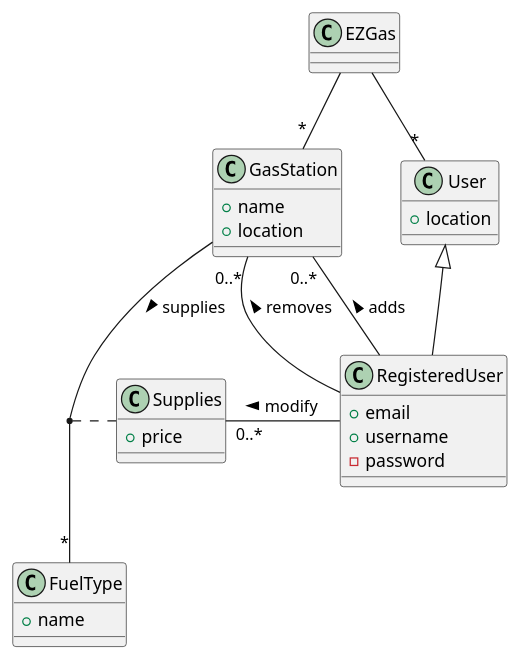
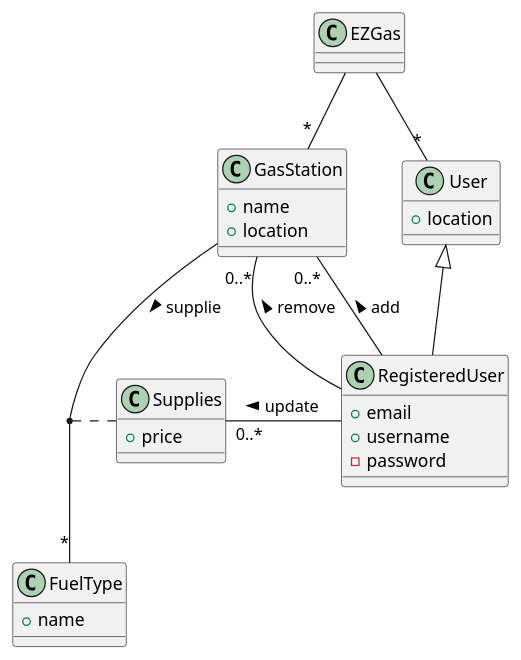
The third of 3 diagrams in REQ_s280113.md (SoftengPoliTo/Lab2), drawn with PlantUML before and after one commit.

Commit message:
fix relationships in glossary

````diff
--- a/REQ_s280113.md
+++ b/REQ_s280113.md
@@ -299,39 +299,39 @@
 ```plantuml
 class EZGas
 
 class User {
 + location
 }
 
 class RegisteredUser {
 + email
 + username
 - password
 }
 
 class GasStation {
 + name
 + location
 }
 
 class FuelType {
 + name
 }
 
 class Supplies {
 + price
 }
 
 EZGas -- "*" User
 EZGas -- "*" GasStation
-GasStation  -- "*" FuelType : supplies >
+GasStation  -- "*" FuelType : supplie >
 (GasStation, FuelType) .. Supplies
 User <|-- RegisteredUser
 
 
-GasStation "0..*" --  RegisteredUser: < adds 
-GasStation "0..*" -- RegisteredUser : < removes
-RegisteredUser -left "0..*" Supplies :  modify > 
+GasStation "0..*" --  RegisteredUser: < add 
+GasStation "0..*" -- RegisteredUser : < remove
+RegisteredUser -left "0..*" Supplies :  update > 
 
 
 ```
````
